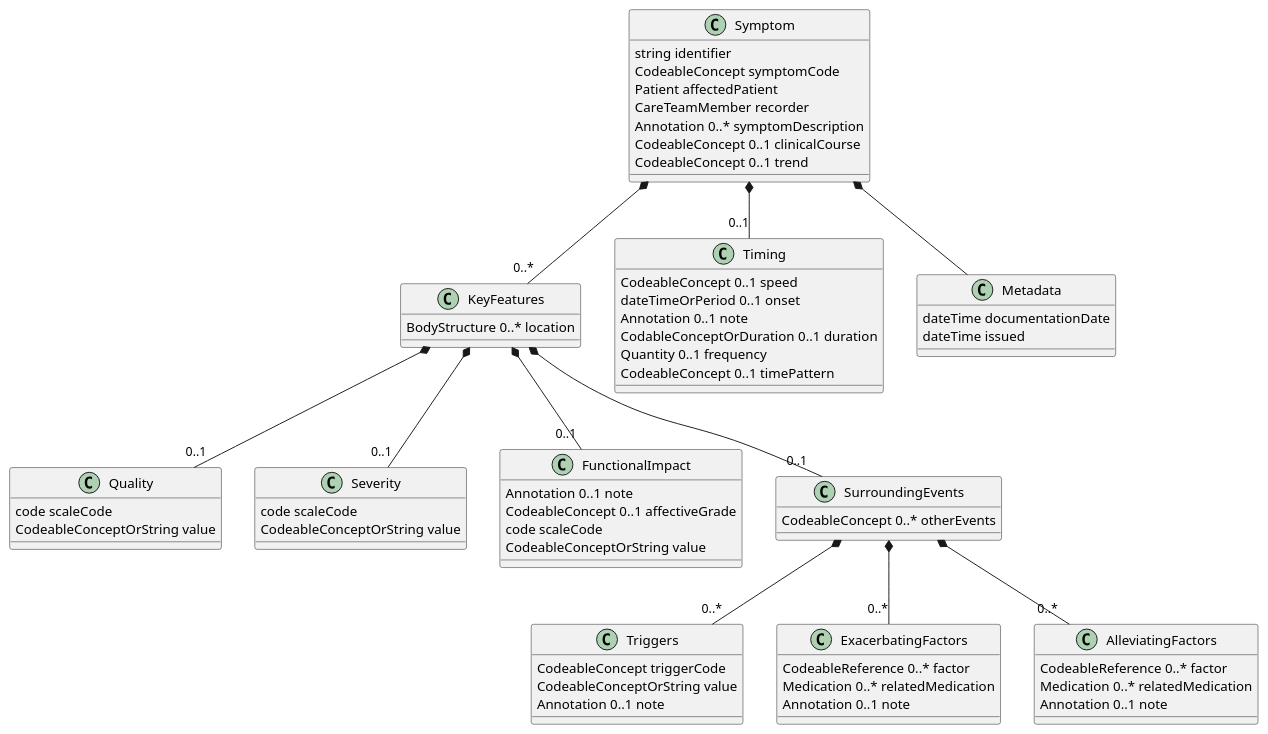
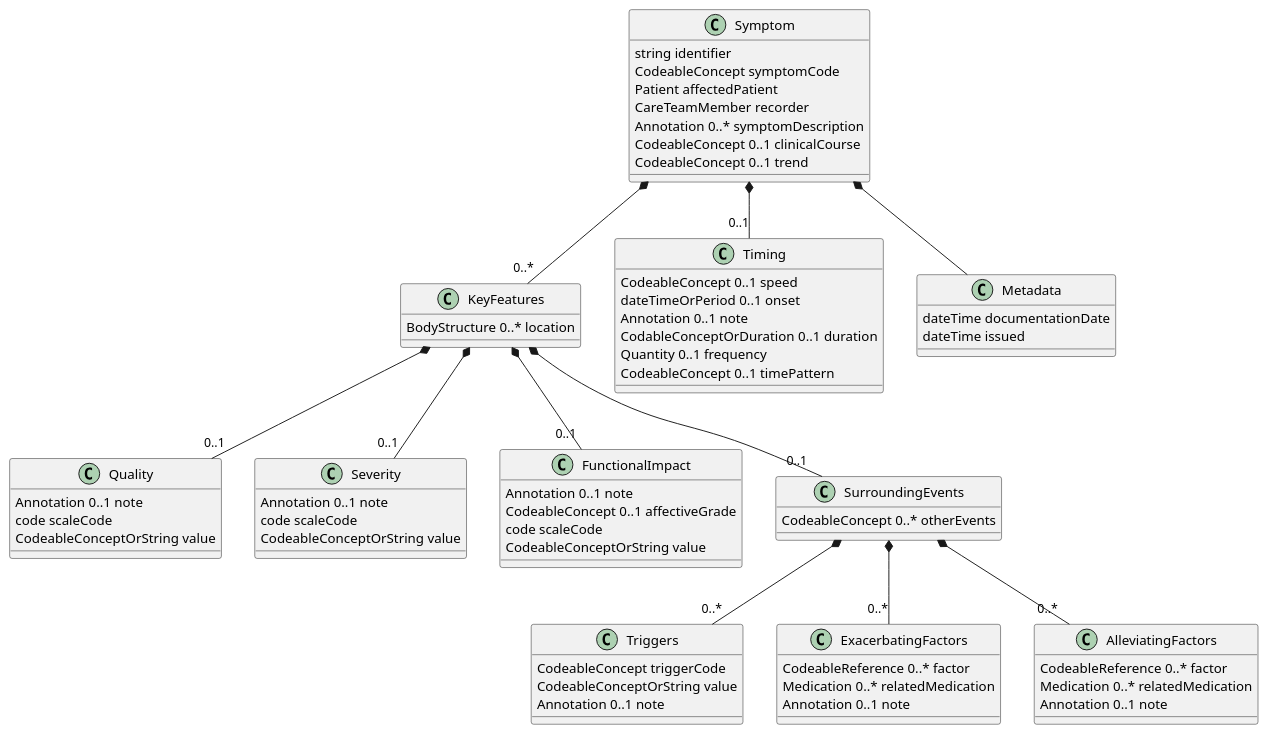
The diagram in input/images-source/SymptomLogicalModel.plantuml (HL7/fhir-symptoms-ig), drawn with PlantUML before and after one commit. The commit also changed 1 other file, not shown here.

Commit message:
updated Logical Model and UML as per meeting July 10

```diff
--- a/input/images-source/SymptomLogicalModel.plantuml
+++ b/input/images-source/SymptomLogicalModel.plantuml
@@ -1,71 +1,73 @@
 @startuml
 class Symptom {
   string identifier
   CodeableConcept symptomCode
   Patient affectedPatient
   CareTeamMember recorder
   Annotation 0..* symptomDescription
   CodeableConcept 0..1 clinicalCourse
   CodeableConcept 0..1 trend
 }
 Symptom *-- "0..*" KeyFeatures
 class KeyFeatures {
   BodyStructure 0..* location
 }
 KeyFeatures *-- "0..1" Quality
 class Quality {
+  Annotation 0..1 note
   code scaleCode
   CodeableConceptOrString value
 }
 KeyFeatures *-- "0..1" Severity
 class Severity {
+  Annotation 0..1 note
   code scaleCode
   CodeableConceptOrString value
 }
 KeyFeatures *-- "0..1" FunctionalImpact
 class FunctionalImpact {
   Annotation 0..1 note
   CodeableConcept 0..1 affectiveGrade
   code scaleCode
   CodeableConceptOrString value
 }
 KeyFeatures *-- "0..1" SurroundingEvents
 class SurroundingEvents {
   CodeableConcept 0..* otherEvents
 }
 SurroundingEvents *-- "0..*" Triggers
 class Triggers {
   CodeableConcept triggerCode
   CodeableConceptOrString value
   Annotation 0..1 note
 }
 SurroundingEvents *-- "0..*" ExacerbatingFactors
 class ExacerbatingFactors {
   CodeableReference 0..* factor
   Medication 0..* relatedMedication
   Annotation 0..1 note
 }
 SurroundingEvents *-- "0..*" AlleviatingFactors
 class AlleviatingFactors {
   CodeableReference 0..* factor
   Medication 0..* relatedMedication
   Annotation 0..1 note
 }
 
 Symptom *-- "0..1" Timing
 class Timing {
   CodeableConcept 0..1 speed
   dateTimeOrPeriod 0..1 onset
   Annotation 0..1 note
   CodableConceptOrDuration 0..1 duration
   Quantity 0..1 frequency
   CodeableConcept 0..1 timePattern
 }
 
 Symptom *-- Metadata
 class Metadata {
 dateTime documentationDate
 dateTime issued
 }
 
 @enduml
```
